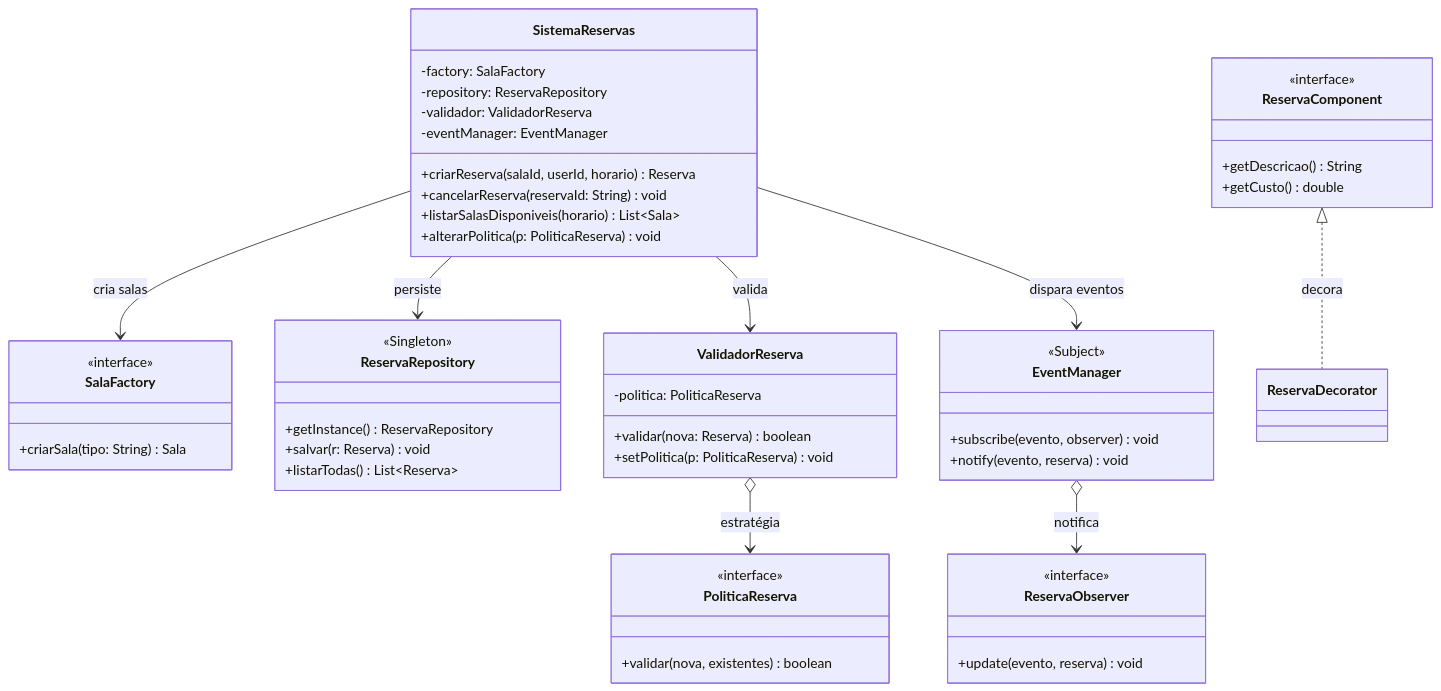
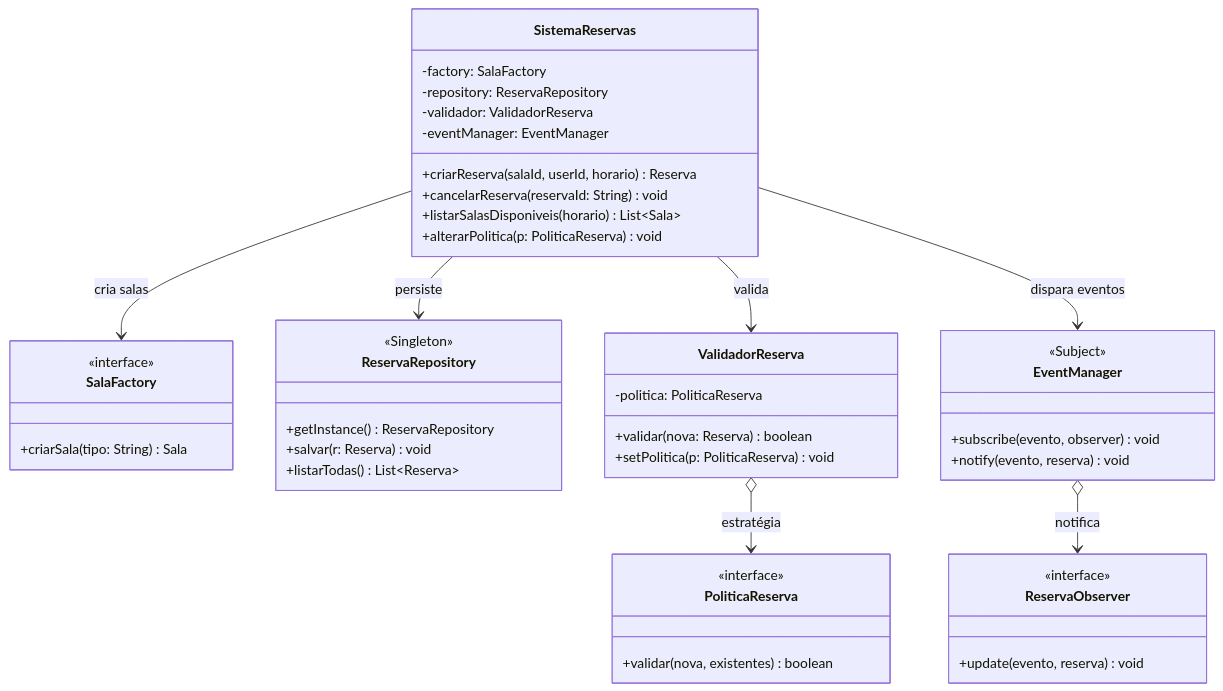
The sixth of 6 diagrams in docs/IDEA.md (nicolascabanas/Study-Classes-Booking-System), drawn with Mermaid before and after one commit. The commit also changed other lines of this file, not shown here.

Commit message:
refatorando os diagramas

````diff
--- a/docs/IDEA.md
+++ b/docs/IDEA.md
@@ -385,63 +322,57 @@
 ```mermaid
 classDiagram
     direction TB
 
     class SistemaReservas {
         -factory: SalaFactory
         -repository: ReservaRepository
         -validador: ValidadorReserva
         -eventManager: EventManager
         +criarReserva(salaId, userId, horario) Reserva
         +cancelarReserva(reservaId: String) void
         +listarSalasDisponiveis(horario) List~Sala~
         +alterarPolitica(p: PoliticaReserva) void
     }
 
     class SalaFactory {
         <<interface>>
         +criarSala(tipo: String) Sala
     }
 
     class ReservaRepository {
         <<Singleton>>
         +getInstance() ReservaRepository
         +salvar(r: Reserva) void
         +listarTodas() List~Reserva~
     }
 
     class ValidadorReserva {
         -politica: PoliticaReserva
         +validar(nova: Reserva) boolean
         +setPolitica(p: PoliticaReserva) void
     }
 
     class PoliticaReserva {
         <<interface>>
         +validar(nova, existentes) boolean
     }
 
     class EventManager {
         <<Subject>>
         +subscribe(evento, observer) void
         +notify(evento, reserva) void
     }
 
     class ReservaObserver {
         <<interface>>
         +update(evento, reserva) void
     }
 
-    class ReservaComponent {
-        <<interface>>
-        +getDescricao() String
-        +getCusto() double
-    }
 
     SistemaReservas --> SalaFactory : cria salas
     SistemaReservas --> ReservaRepository : persiste
     SistemaReservas --> ValidadorReserva : valida
     SistemaReservas --> EventManager : dispara eventos
     ValidadorReserva o--> PoliticaReserva : estratégia
     EventManager o--> ReservaObserver : notifica
-    ReservaComponent <|.. ReservaDecorator : decora
 ```
````
